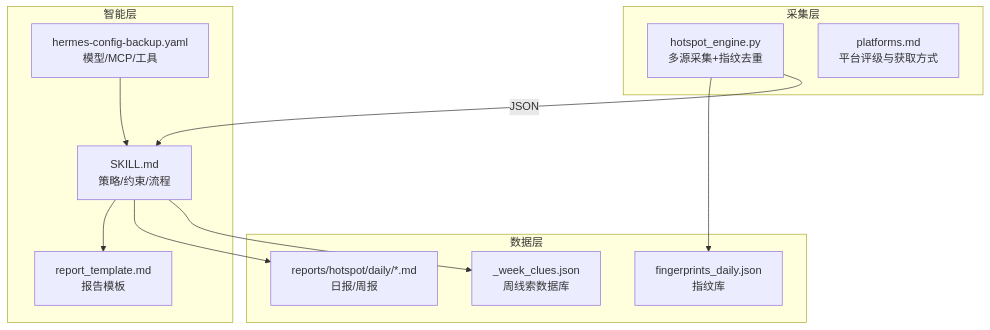
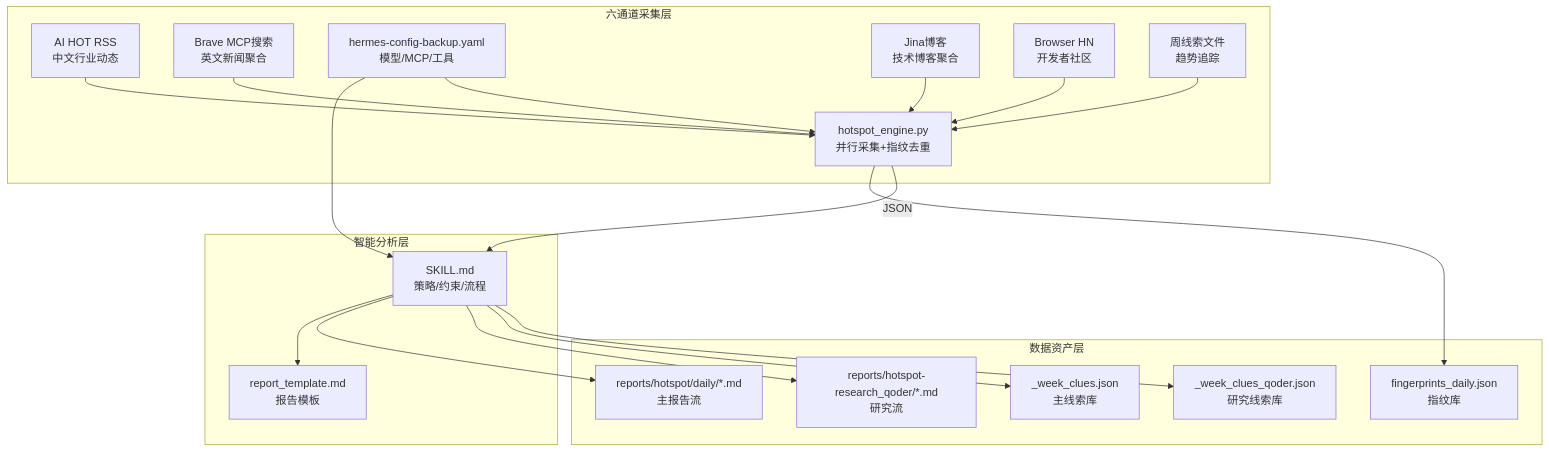
The first of 4 diagrams in .qoder/repowiki/zh/content/核心技能详解/Qoder Agent 每日热点报告系统.md (John198912/hermes_workspace), drawn with Mermaid before and after one commit. The commit also changed other lines of this file and 1 other file, not shown here.

````diff
--- a/.qoder/repowiki/zh/content/核心技能详解/Qoder Agent 每日热点报告系统.md
+++ b/.qoder/repowiki/zh/content/核心技能详解/Qoder Agent 每日热点报告系统.md
@@ -45,23 +45,38 @@
 ```mermaid
 graph TB
-subgraph "采集层"
-E["hotspot_engine.py<br/>多源采集+指纹去重"]
-P["platforms.md<br/>平台评级与获取方式"]
+subgraph "六通道采集层"
+E["hotspot_engine.py<br/>并行采集+指纹去重"]
+A["AI HOT RSS<br/>中文行业动态"]
+B["Brave MCP搜索<br/>英文新闻聚合"]
+C["byted-web搜索<br/>中文社交媒体"]
+D["Jina博客<br/>技术博客聚合"]
+F["Browser HN<br/>开发者社区"]
+G["周线索文件<br/>趋势追踪"]
 end
-subgraph "智能层"
+subgraph "智能分析层"
 S["SKILL.md<br/>策略/约束/流程"]
 T["report_template.md<br/>报告模板"]
 C["hermes-config-backup.yaml<br/>模型/MCP/工具"]
 end
-subgraph "数据层"
-F["fingerprints_daily.json<br/>指纹库"]
-R["reports/hotspot/daily/*.md<br/>日报/周报"]
-W["_week_clues.json<br/>周线索数据库"]
+subgraph "数据资产层"
+FP["fingerprints_daily.json<br/>指纹库"]
+R1["reports/hotspot/daily/*.md<br/>主报告流"]
+R2["reports/hotspot-research_qoder/*.md<br/>研究流"]
+W1["_week_clues.json<br/>主线索库"]
+W2["_week_clues_qoder.json<br/>研究线索库"]
 end
-E --> F
+E --> FP
 E --> |"JSON"| S
 S --> T
 C --> S
-S --> R
-S --> W
+S --> R1
+S --> R2
+S --> W1
+S --> W2
+A --> E
+B --> E
+C --> E
+D --> E
+F --> E
+G --> E
 ```
````
